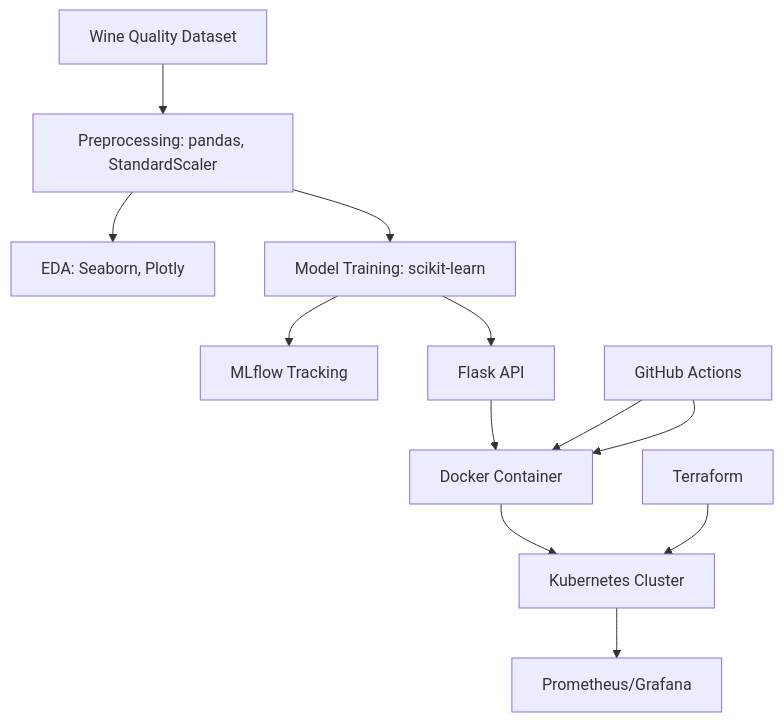
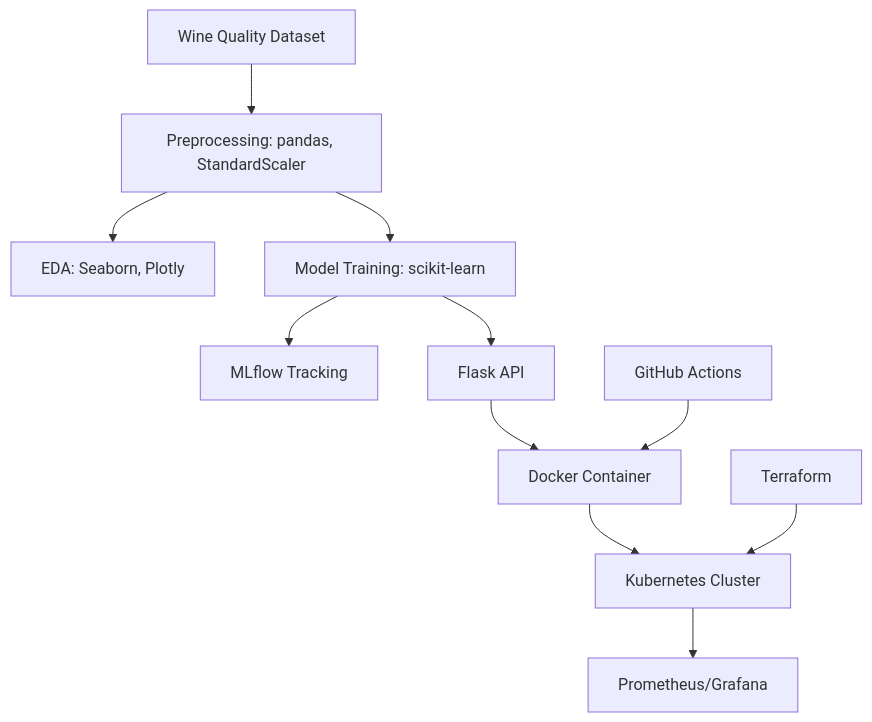
One commit to trinidadgithub/DataScience changed the diagram in wine-quality-mlops/README.md. Above: the diagram before and after it, drawn with Mermaid. The commit also changed other lines of this file, not shown here.

Commit message:
Embed EDA plots in Visualizations section

````diff
--- a/wine-quality-mlops/README.md
+++ b/wine-quality-mlops/README.md
@@ -20,14 +24,13 @@
 ```mermaid
 graph TD
-A[Wine Quality Dataset] --> B[Preprocessing: pandas, StandardScaler]
-B --> C[EDA: Seaborn, Plotly]
-B --> D[Model Training: scikit-learn]
-D --> E[MLflow Tracking]
-D --> F[Flask API]
-F --> G[Docker Container]
-G --> H[Kubernetes Cluster]
-H --> I[Prometheus/Grafana]
-J[Terraform] --> H
-K[GitHub Actions] --> G
-K[GitHub Actions] --> G
+    A[Wine Quality Dataset] --> B[Preprocessing: pandas, StandardScaler]
+    B --> C[EDA: Seaborn, Plotly]
+    B --> D[Model Training: scikit-learn]
+    D --> E[MLflow Tracking]
+    D --> F[Flask API]
+    F --> G[Docker Container]
+    G --> H[Kubernetes Cluster]
+    H --> I[Prometheus/Grafana]
+    J[Terraform] --> H
+    K[GitHub Actions] --> G
 ```
````
